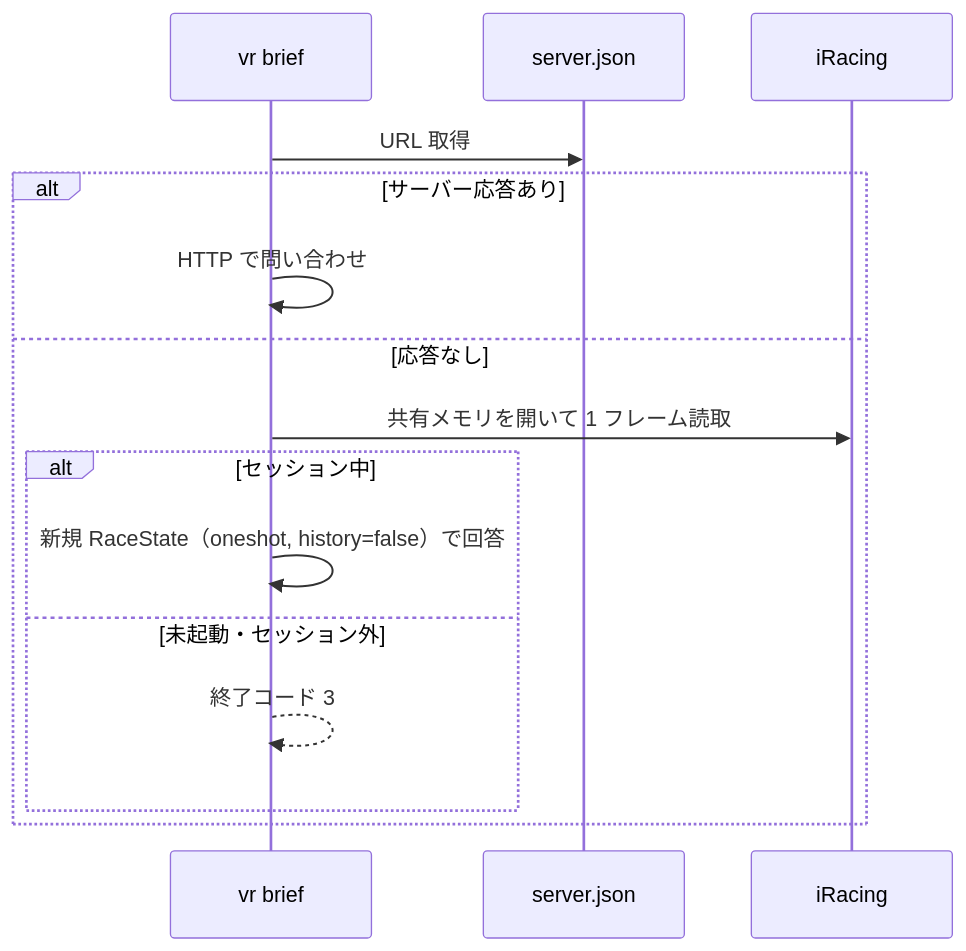
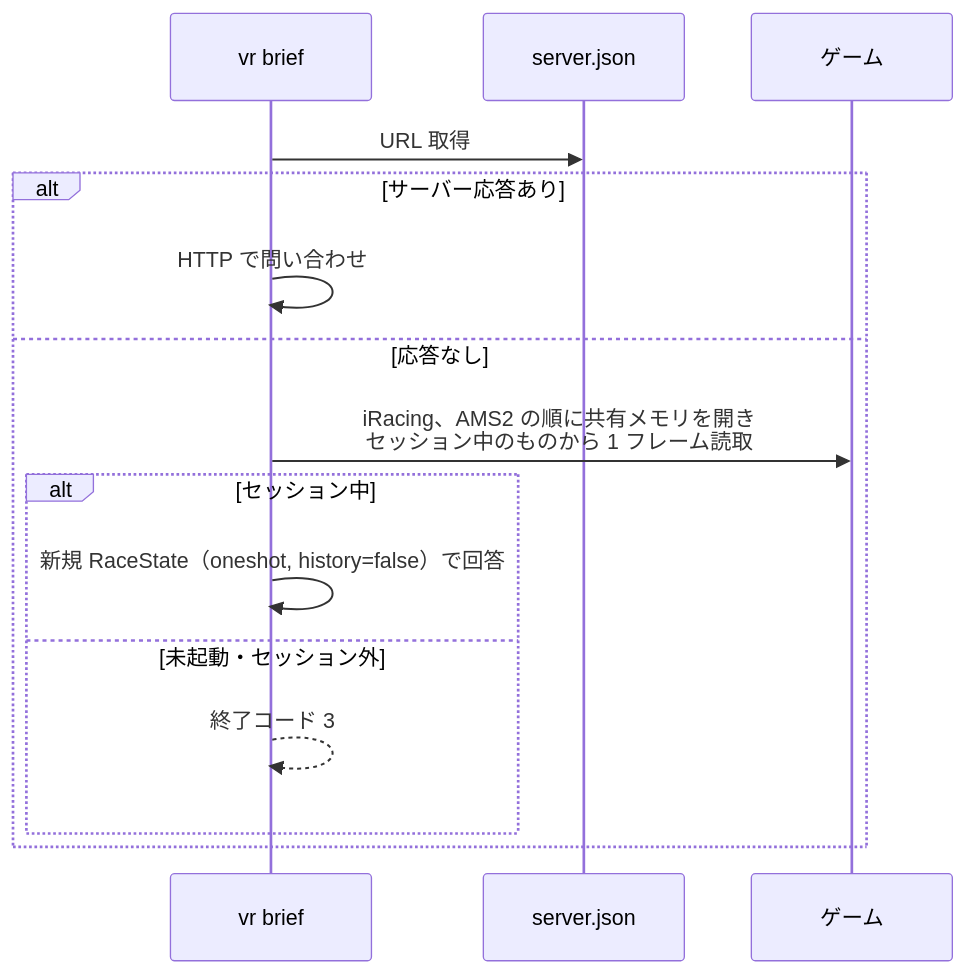
One commit to r4ai/vibe-racing changed the fifth of 5 diagrams in docs/architecture.md. Above: the diagram before and after it, drawn with Mermaid. The commit also changed other lines of this file and 34 other files, not shown here.

````diff
--- a/docs/architecture.md
+++ b/docs/architecture.md
@@ -240,17 +245,17 @@
 ```mermaid
 sequenceDiagram
     participant V as vr brief
     participant D as server.json
-    participant G as iRacing
+    participant G as ゲーム
     V->>D: URL 取得
     alt サーバー応答あり
         V->>V: HTTP で問い合わせ
     else 応答なし
-        V->>G: 共有メモリを開いて 1 フレーム読取
+        V->>G: iRacing、AMS2 の順に共有メモリを開き<br/>セッション中のものから 1 フレーム読取
         alt セッション中
             V->>V: 新規 RaceState（oneshot, history=false）で回答
         else 未起動・セッション外
             V-->>V: 終了コード 3
         end
     end
 ```
````
